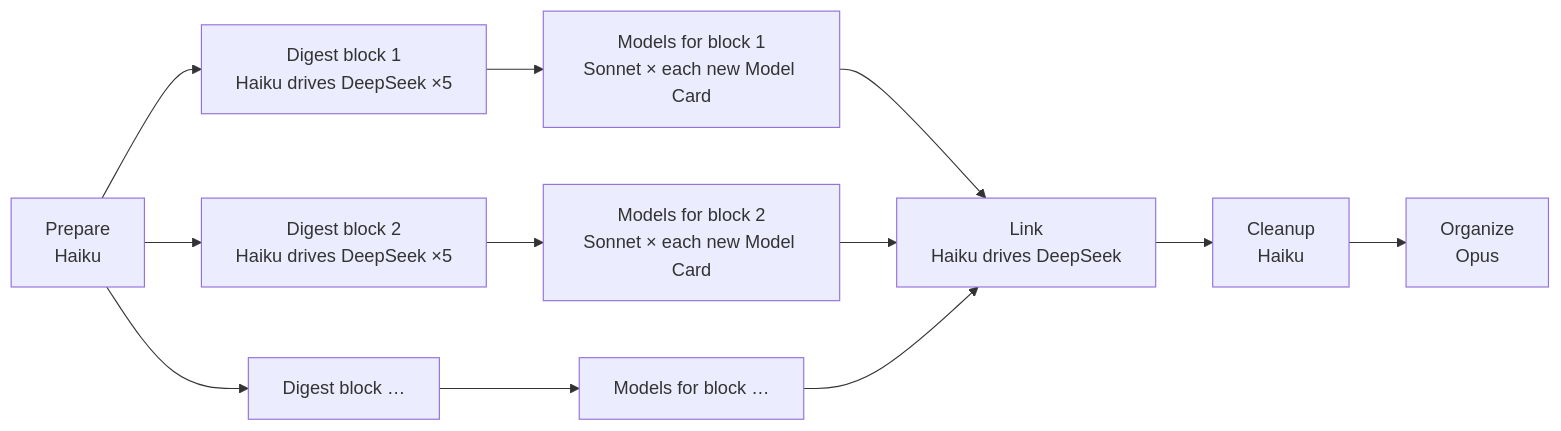
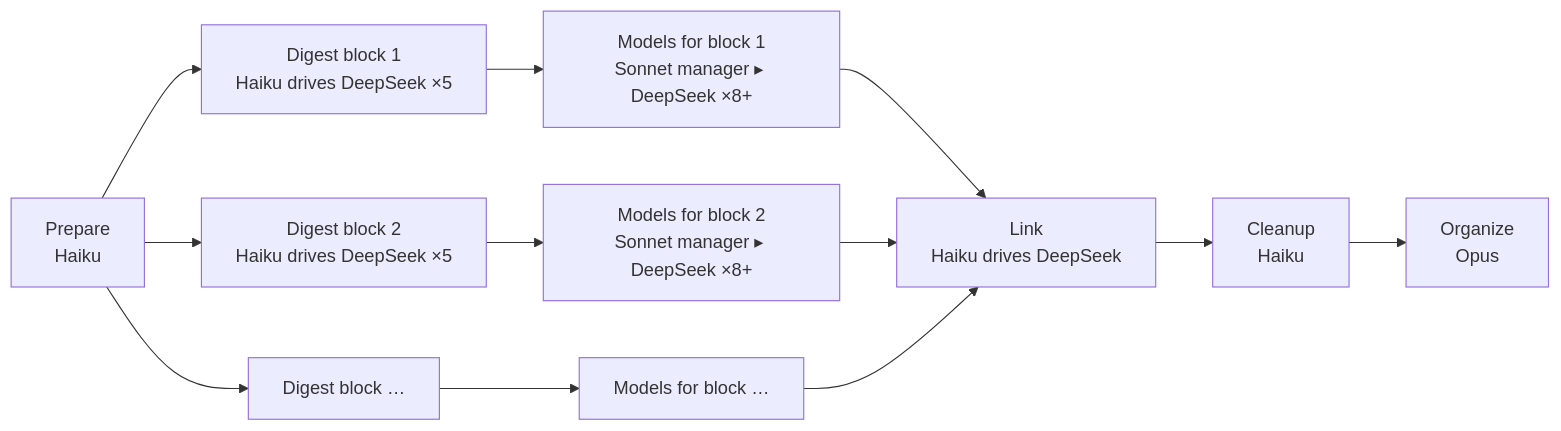
Before and after one commit to liudesheng9/zet: the diagram in doc/zt-book-digest-workflow.md, drawn with Mermaid. The commit also changed other lines of this file and 28 other files, not shown here.

First line of the commit message:
Build self-sufficient models: insert between Cards, build report, Sonnet-managed fill (zt 0.12.0)

````diff
--- a/doc/zt-book-digest-workflow.md
+++ b/doc/zt-book-digest-workflow.md
@@ -12,14 +12,14 @@
 ```mermaid
 flowchart LR
   P[Prepare<br/>Haiku] --> D1[Digest block 1<br/>Haiku drives DeepSeek ×5]
   P --> D2[Digest block 2<br/>Haiku drives DeepSeek ×5]
   P --> D3[Digest block …]
-  D1 --> M1[Models for block 1<br/>Sonnet × each new Model Card]
-  D2 --> M2[Models for block 2<br/>Sonnet × each new Model Card]
+  D1 --> M1[Models for block 1<br/>Sonnet manager ▸ DeepSeek ×8+]
+  D2 --> M2[Models for block 2<br/>Sonnet manager ▸ DeepSeek ×8+]
   D3 --> M3[Models for block …]
   M1 --> L[Link<br/>Haiku drives DeepSeek]
   M2 --> L
   M3 --> L
   L --> C[Cleanup<br/>Haiku]
   C --> O[Organize<br/>Opus]
 ```
````
